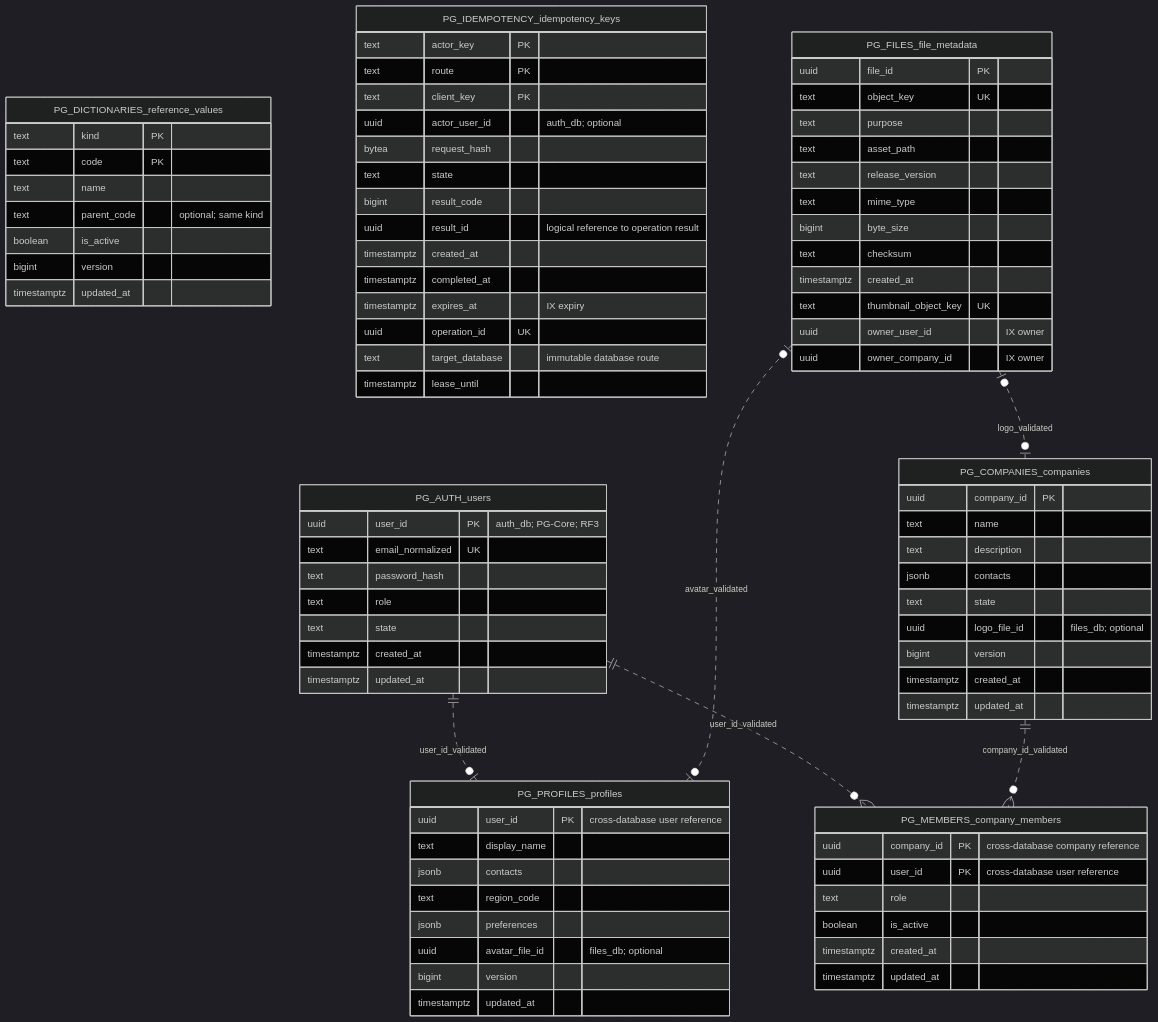
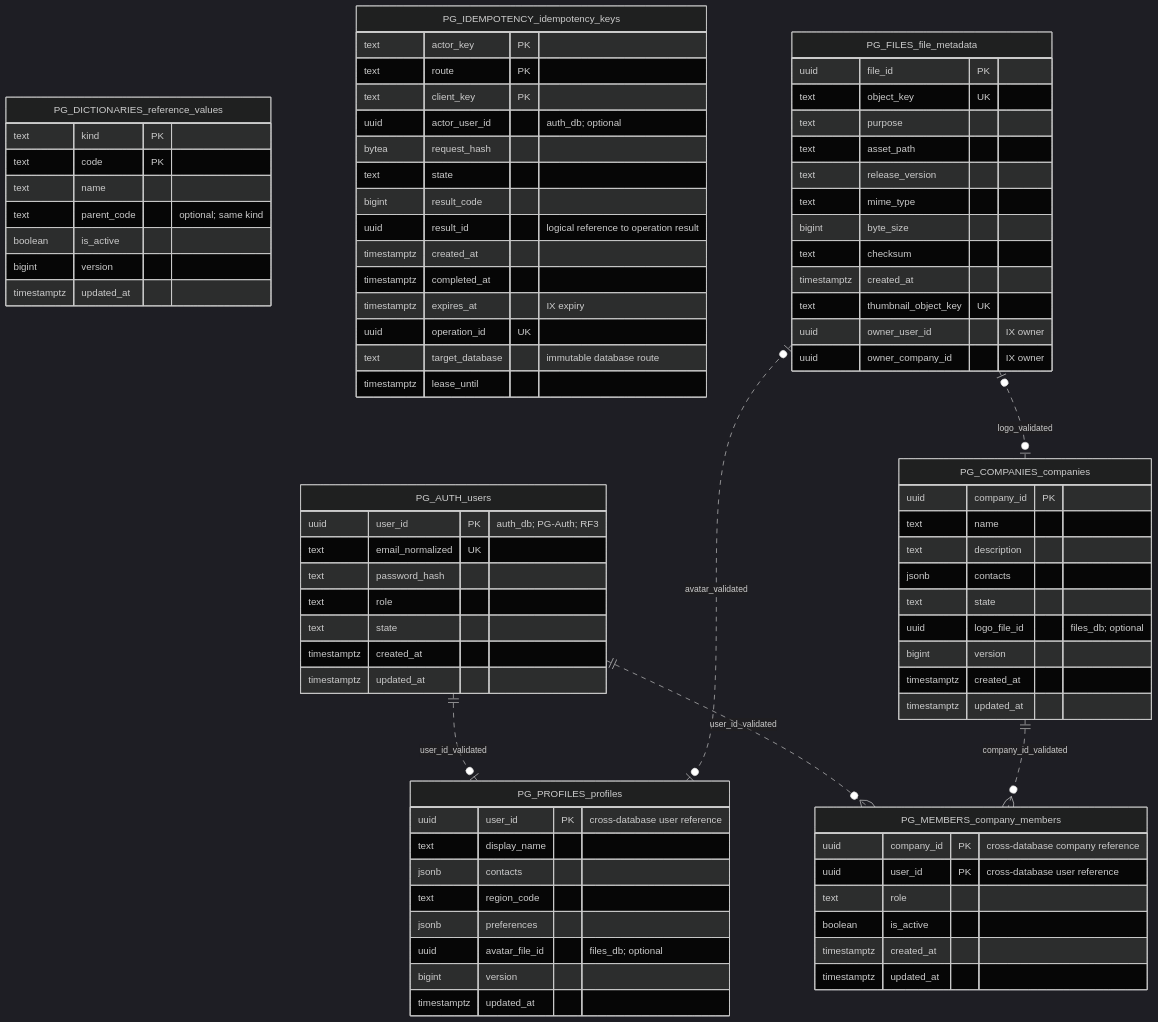
Before and after one commit to pricolmen/highload_technopark: the fifth of 8 diagrams in README.md, drawn with Mermaid (dark theme). The commit also changed other lines of this file and 1 other file, not shown here.

````diff
--- a/README.md
+++ b/README.md
@@ -1041,7 +1050,7 @@
 ```mermaid
 erDiagram
     PG_AUTH_users {
-        uuid user_id PK "auth_db; PG-Core; RF3"
+        uuid user_id PK "auth_db; PG-Auth; RF3"
         text email_normalized UK
         text password_hash
         text role
````
